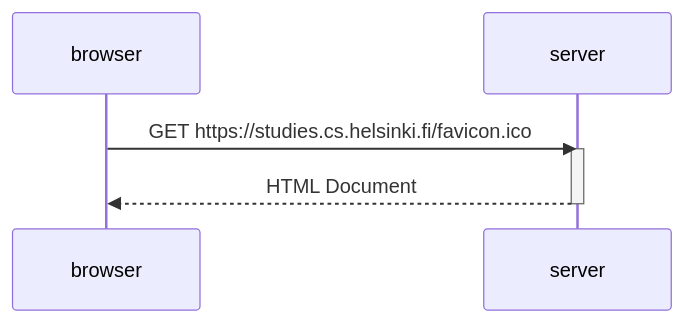
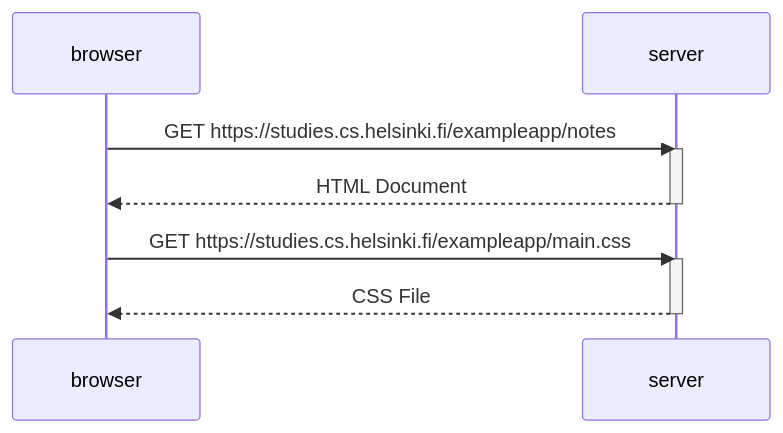
One commit to valtteriper/FullstackOpen changed the diagram in part_0_4.md. Above: the diagram before and after it, drawn with Mermaid.

````diff
--- a/part_0_4.md
+++ b/part_0_4.md
@@ -1,11 +1,16 @@
 ```mermaid
 sequenceDiagram
     participant browser
     participant server
     
-    browser->>server: GET https://studies.cs.helsinki.fi/favicon.ico
+    browser->>server: GET https://studies.cs.helsinki.fi/exampleapp/notes
     activate server
     server-->>browser: HTML Document
     deactivate server
 
+    browser->>server: GET https://studies.cs.helsinki.fi/exampleapp/main.css
+    activate server
+    server-->>browser: CSS File
+    deactivate server
+
 ```
````
